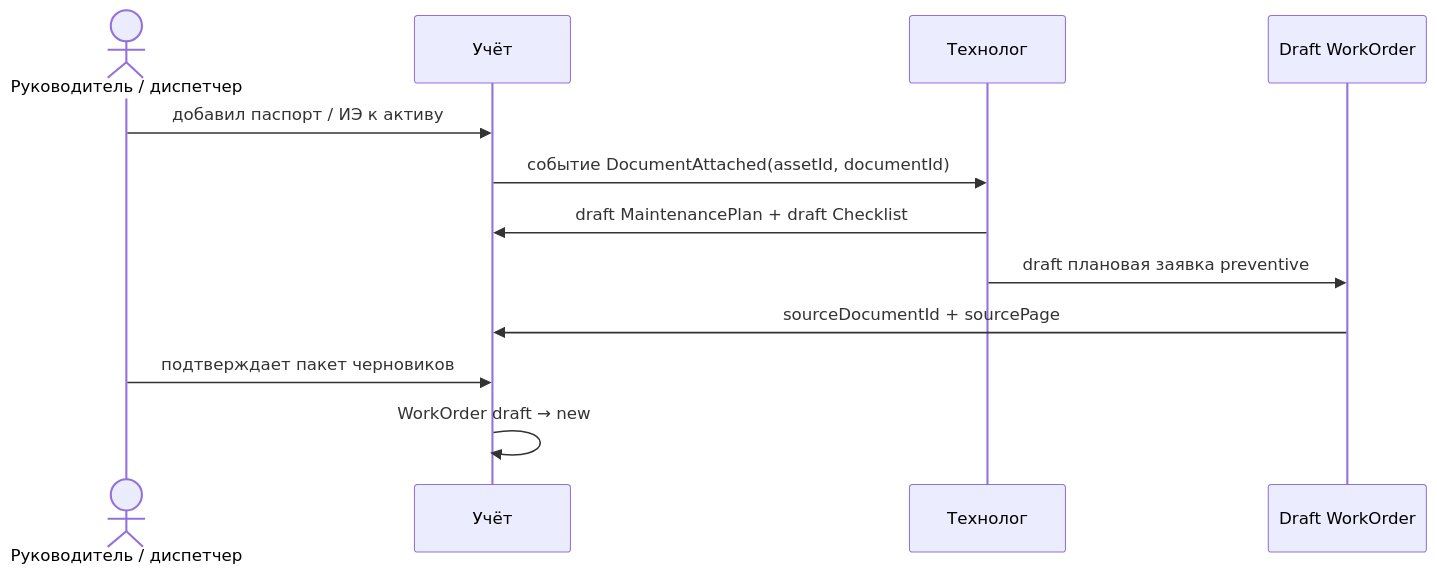
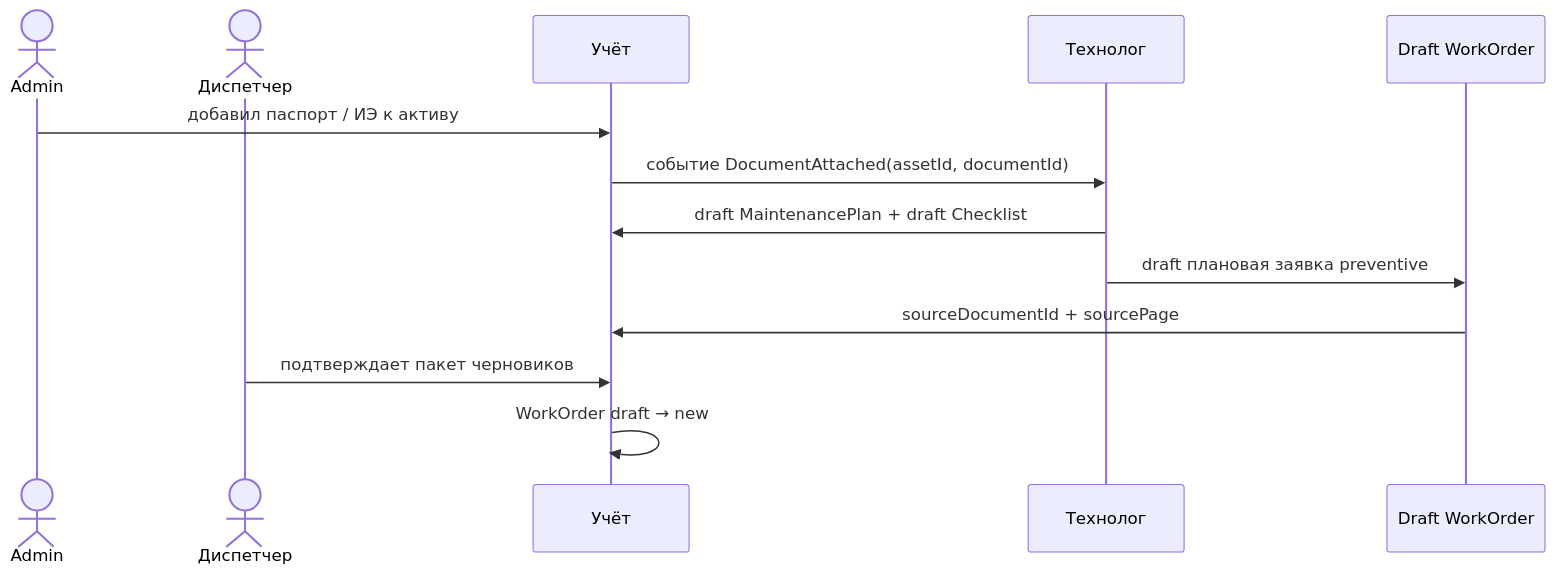
One commit to masterdoc-app/masterdoc changed the eighth of 12 diagrams in TOIR_AI_SYSTEM_DESIGN.md. Above: the diagram before and after it, drawn with Mermaid. The commit also changed other lines of this file, not shown here.

First line of the commit message:
docs: dispatcher approves preventive work orders, not admin

````diff
--- a/TOIR_AI_SYSTEM_DESIGN.md
+++ b/TOIR_AI_SYSTEM_DESIGN.md
@@ -494,15 +496,16 @@
 ```mermaid
 sequenceDiagram
-  actor A as Руководитель / диспетчер
+  actor Admin as Admin
+  actor Disp as Диспетчер
   participant S as Учёт
   participant T as Технолог
   participant W as Draft WorkOrder
 
-  A->>S: добавил паспорт / ИЭ к активу
+  Admin->>S: добавил паспорт / ИЭ к активу
   S->>T: событие DocumentAttached(assetId, documentId)
   T->>S: draft MaintenancePlan + draft Checklist
   T->>W: draft плановая заявка preventive
   W->>S: sourceDocumentId + sourcePage
-  A->>S: подтверждает пакет черновиков
+  Disp->>S: подтверждает пакет черновиков
   S->>S: WorkOrder draft → new
 ```
````
